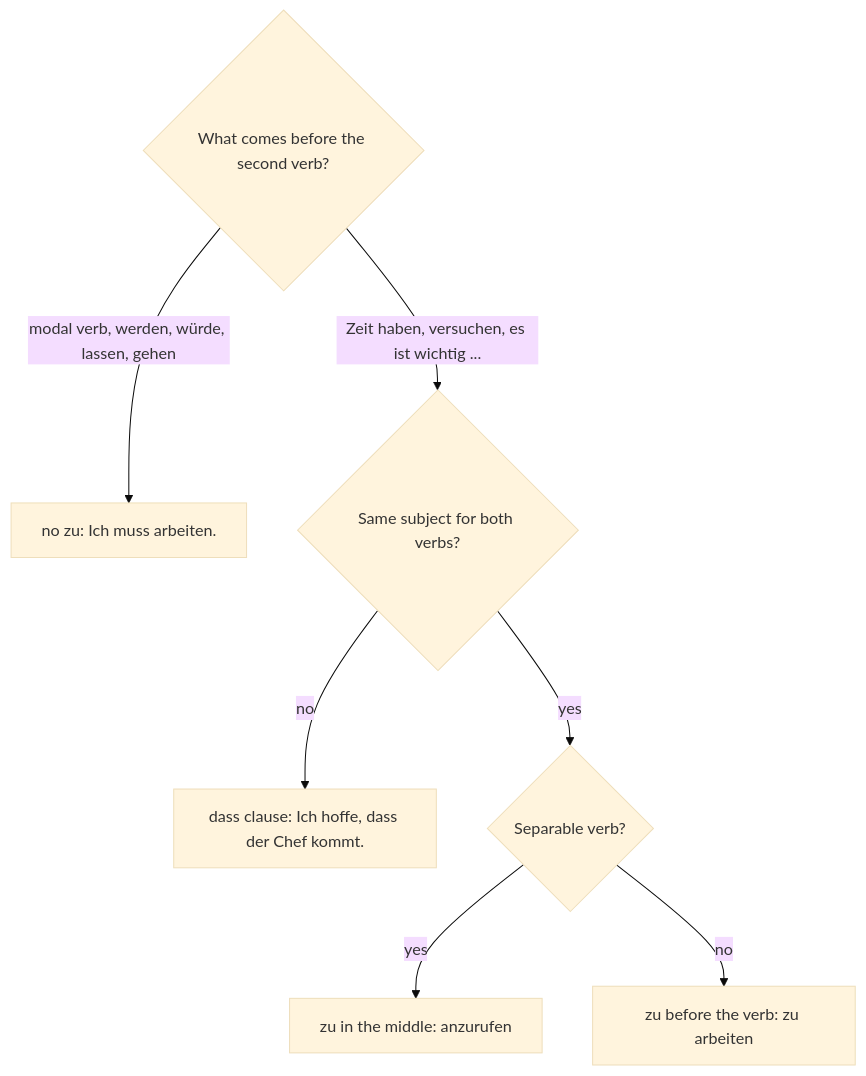
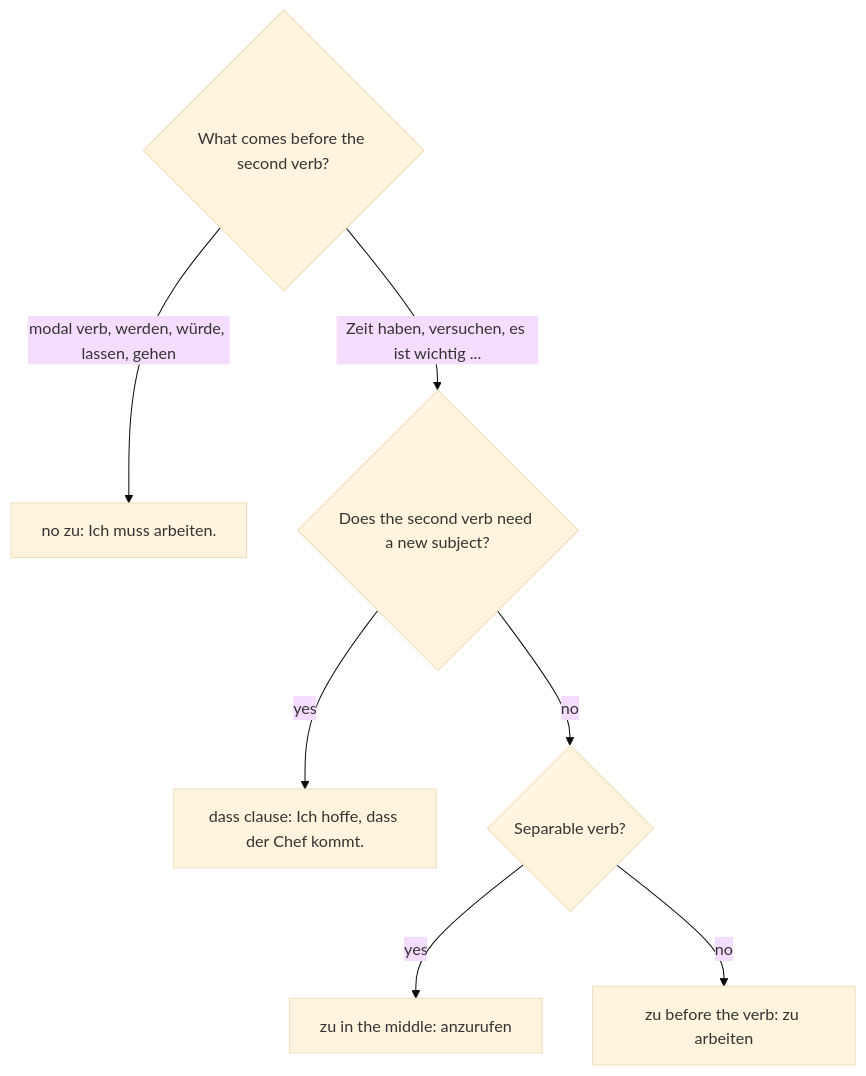
The diagram in content/languages/german-a2/lessons/17-work.md (Aziliz/erudior), drawn with Mermaid (base theme) before and after one commit. The commit also changed 11 other files, not shown here.

````diff
--- a/content/languages/german-a2/lessons/17-work.md
+++ b/content/languages/german-a2/lessons/17-work.md
@@ -113,11 +113,11 @@
 ```mermaid
 flowchart TD
   accTitle: Do I need zu, and where does it go?
-  accDescr: Look at what comes before the second verb. After a modal verb, werden, würde, lassen or gehen, there is no zu, as in Ich muss arbeiten. After expressions like Zeit haben, Lust haben, versuchen, vergessen or es ist wichtig, ask whether both verbs have the same subject. If not, use a dass clause, as in Ich hoffe, dass der Chef kommt. If they do, use zu: with a separable verb zu goes in the middle, as in anzurufen; otherwise zu stands before the verb, as in zu arbeiten.
+  accDescr: Look at what comes before the second verb. After a modal verb, werden, würde, lassen or gehen, there is no zu, as in Ich muss arbeiten. After expressions like Zeit haben, Lust haben, versuchen, vergessen or es ist wichtig, ask whether the second verb needs a new subject of its own. If it does, use a dass clause, as in Ich hoffe, dass der Chef kommt. If the person doing it is the subject of the main clause, or already named there (Der Chef bittet uns, früher zu kommen), use zu: with a separable verb zu goes in the middle, as in anzurufen; otherwise zu stands before the verb, as in zu arbeiten.
   A{"What comes before the second verb?"} -- "modal verb, werden, würde, lassen, gehen" --> B["no zu: Ich muss arbeiten."]
-  A -- "Zeit haben, versuchen, es ist wichtig ..." --> C{"Same subject for both verbs?"}
-  C -- "no" --> D["dass clause: Ich hoffe, dass der Chef kommt."]
-  C -- "yes" --> E{"Separable verb?"}
+  A -- "Zeit haben, versuchen, es ist wichtig ..." --> C{"Does the second verb need a new subject?"}
+  C -- "yes" --> D["dass clause: Ich hoffe, dass der Chef kommt."]
+  C -- "no" --> E{"Separable verb?"}
   E -- "yes" --> F["zu in the middle: anzurufen"]
   E -- "no" --> G["zu before the verb: zu arbeiten"]
 ```
````
